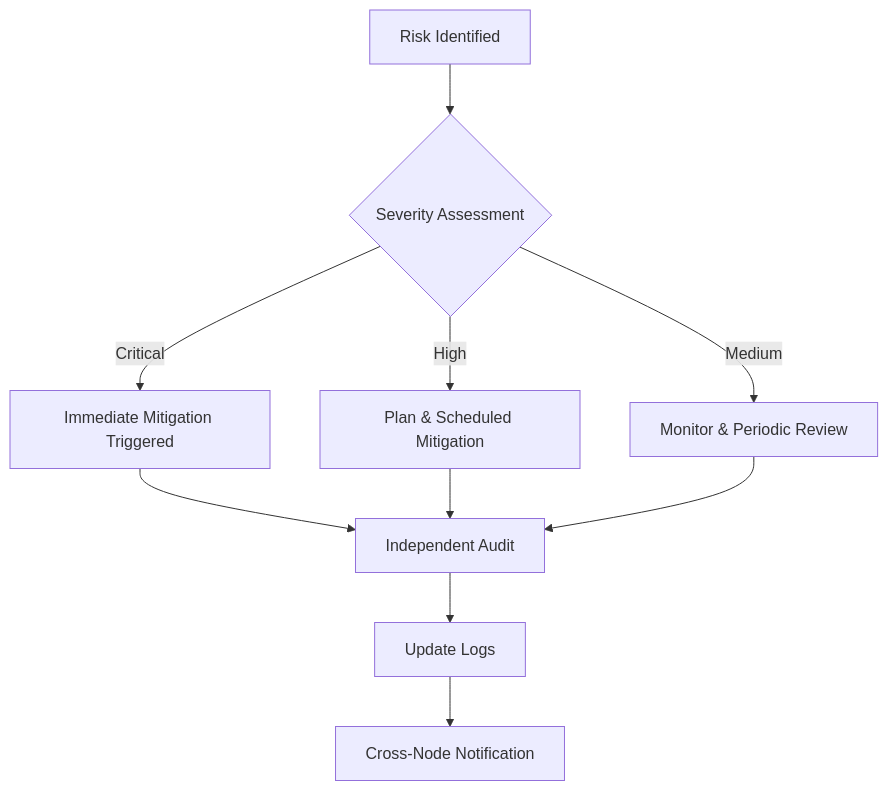
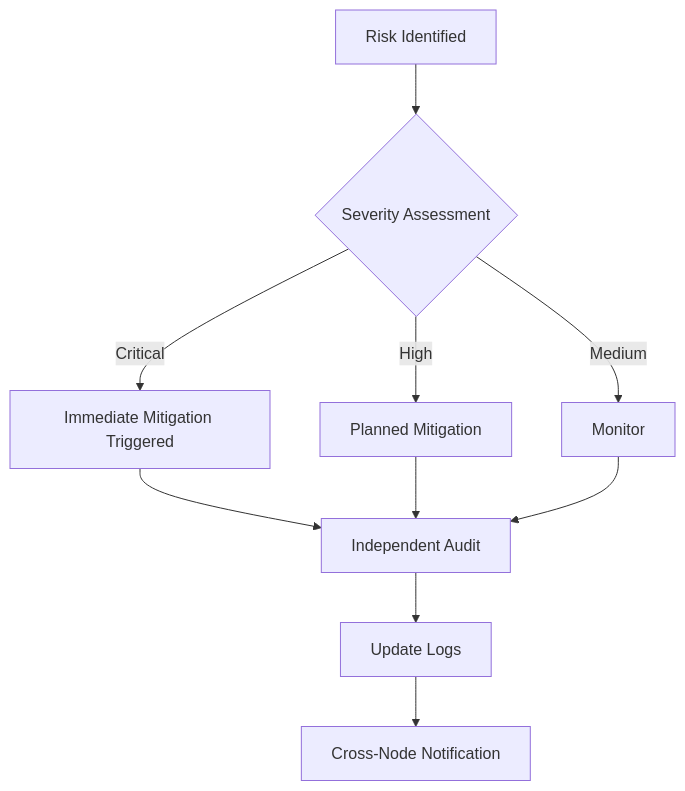
One commit to ExistensialReset/flowmosr changed the diagram in core/RISK_MANAGEMENT.md. Above: the diagram before and after it, drawn with Mermaid. The commit also changed other lines of this file, not shown here.

````diff
--- a/core/RISK_MANAGEMENT.md
+++ b/core/RISK_MANAGEMENT.md
@@ -154,12 +144,12 @@
 ```mermaid
 flowchart TD
     A[Risk Identified] --> B{Severity Assessment}
     B -->|Critical| C[Immediate Mitigation Triggered]
-    B -->|High| D[Plan & Scheduled Mitigation]
-    B -->|Medium| E[Monitor & Periodic Review]
+    B -->|High| D[Planned Mitigation]
+    B -->|Medium| E[Monitor]
     C --> F[Independent Audit]
     D --> F
     E --> F
     F --> G[Update Logs]
     G --> H[Cross-Node Notification]
 ```
````
